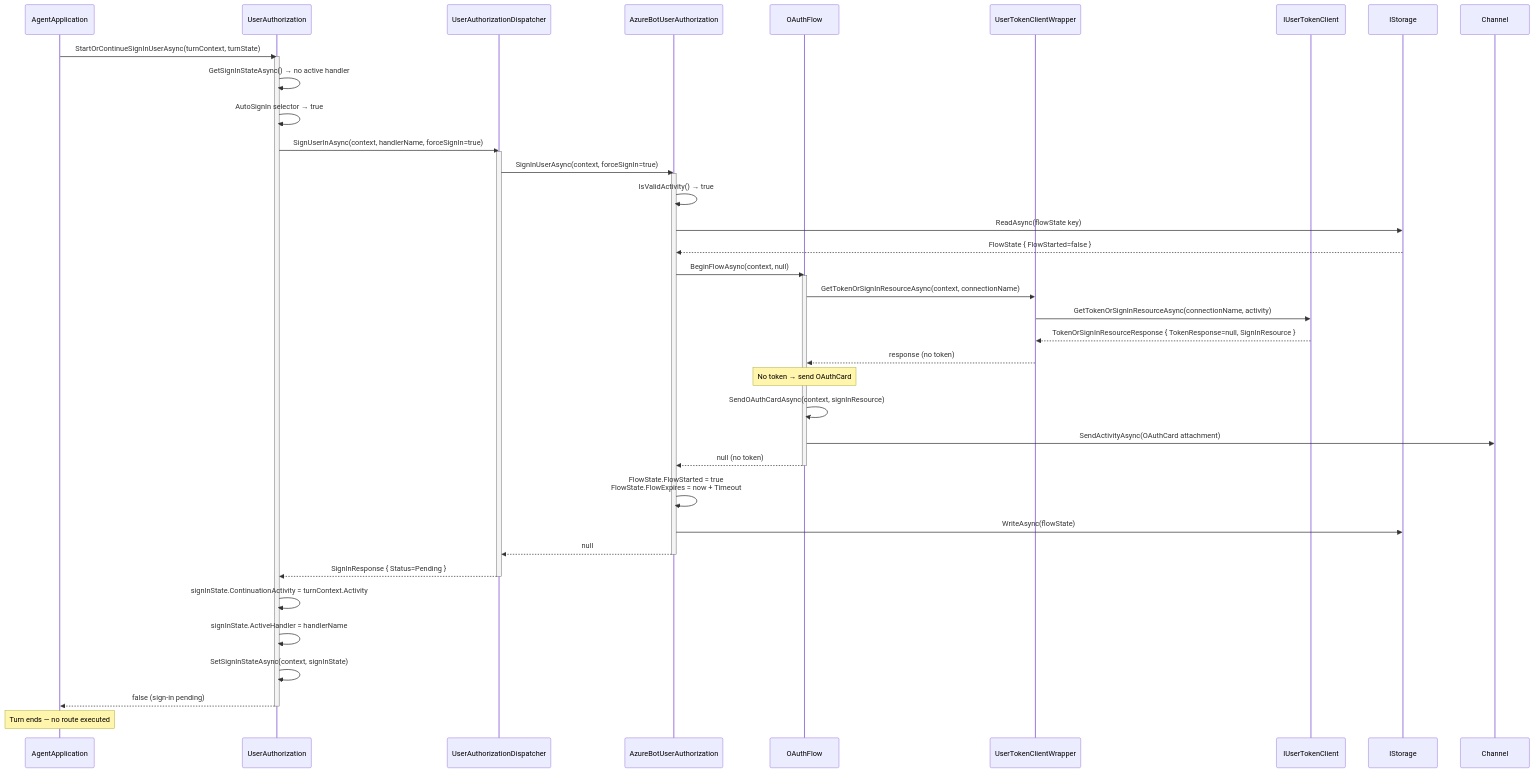
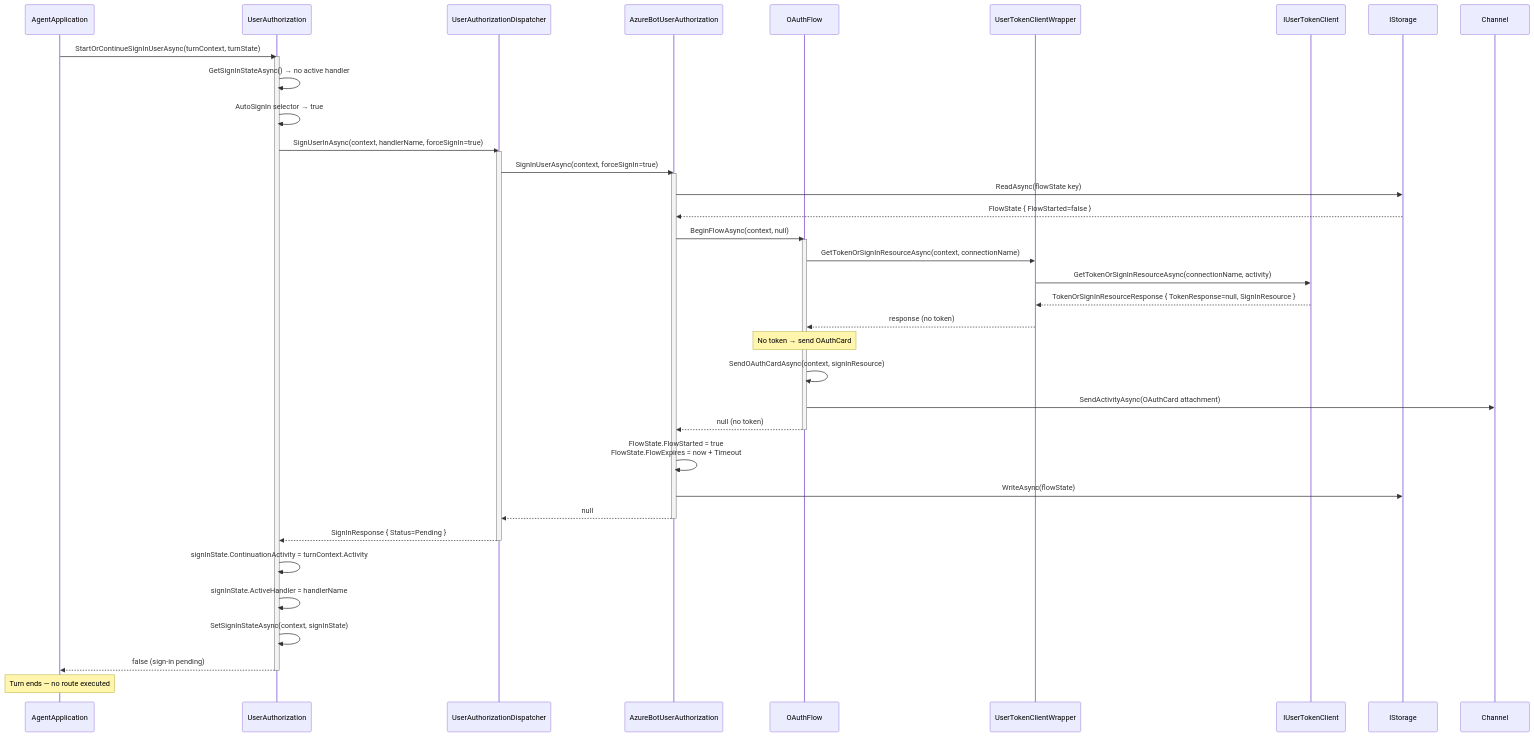
One commit to microsoft/Agents-for-net changed the second of 5 diagrams in docs/oauth-internal-sequence-diagram.md. Above: the diagram before and after it, drawn with Mermaid. The commit also changed other lines of this file and 6 other files, not shown here.

Commit message:
docs: apply sequence diagram drift fixes from issue 929

````diff
--- a/docs/oauth-internal-sequence-diagram.md
+++ b/docs/oauth-internal-sequence-diagram.md
@@ -80,55 +79,54 @@
 ```mermaid
 sequenceDiagram
     participant App as AgentApplication
     participant UA as UserAuthorization
     participant Disp as UserAuthorizationDispatcher
     participant ABUA as AzureBotUserAuthorization
     participant Flow as OAuthFlow
     participant Wrapper as UserTokenClientWrapper
     participant Client as IUserTokenClient
     participant Storage as IStorage
     participant Channel
 
     App->>UA: StartOrContinueSignInUserAsync(turnContext, turnState)
     activate UA
     UA->>UA: GetSignInStateAsync() → no active handler
     UA->>UA: AutoSignIn selector → true
 
     UA->>Disp: SignUserInAsync(context, handlerName, forceSignIn=true)
     activate Disp
     Disp->>ABUA: SignInUserAsync(context, forceSignIn=true)
     activate ABUA
 
-    ABUA->>ABUA: IsValidActivity() → true
     ABUA->>Storage: ReadAsync(flowState key)
     Storage-->>ABUA: FlowState { FlowStarted=false }
 
     ABUA->>Flow: BeginFlowAsync(context, null)
     activate Flow
     Flow->>Wrapper: GetTokenOrSignInResourceAsync(context, connectionName)
     Wrapper->>Client: GetTokenOrSignInResourceAsync(connectionName, activity)
     Client-->>Wrapper: TokenOrSignInResourceResponse { TokenResponse=null, SignInResource }
     Wrapper-->>Flow: response (no token)
 
     Note over Flow: No token → send OAuthCard
 
     Flow->>Flow: SendOAuthCardAsync(context, signInResource)
     Flow->>Channel: SendActivityAsync(OAuthCard attachment)
     Flow-->>ABUA: null (no token)
     deactivate Flow
 
     ABUA->>ABUA: FlowState.FlowStarted = true<br/>FlowState.FlowExpires = now + Timeout
     ABUA->>Storage: WriteAsync(flowState)
     ABUA-->>Disp: null
     deactivate ABUA
     Disp-->>UA: SignInResponse { Status=Pending }
     deactivate Disp
 
     UA->>UA: signInState.ContinuationActivity = turnContext.Activity
     UA->>UA: signInState.ActiveHandler = handlerName
     UA->>UA: SetSignInStateAsync(context, signInState)
     UA-->>App: false (sign-in pending)
     deactivate UA
 
     Note over App: Turn ends — no route executed
 ```
````
